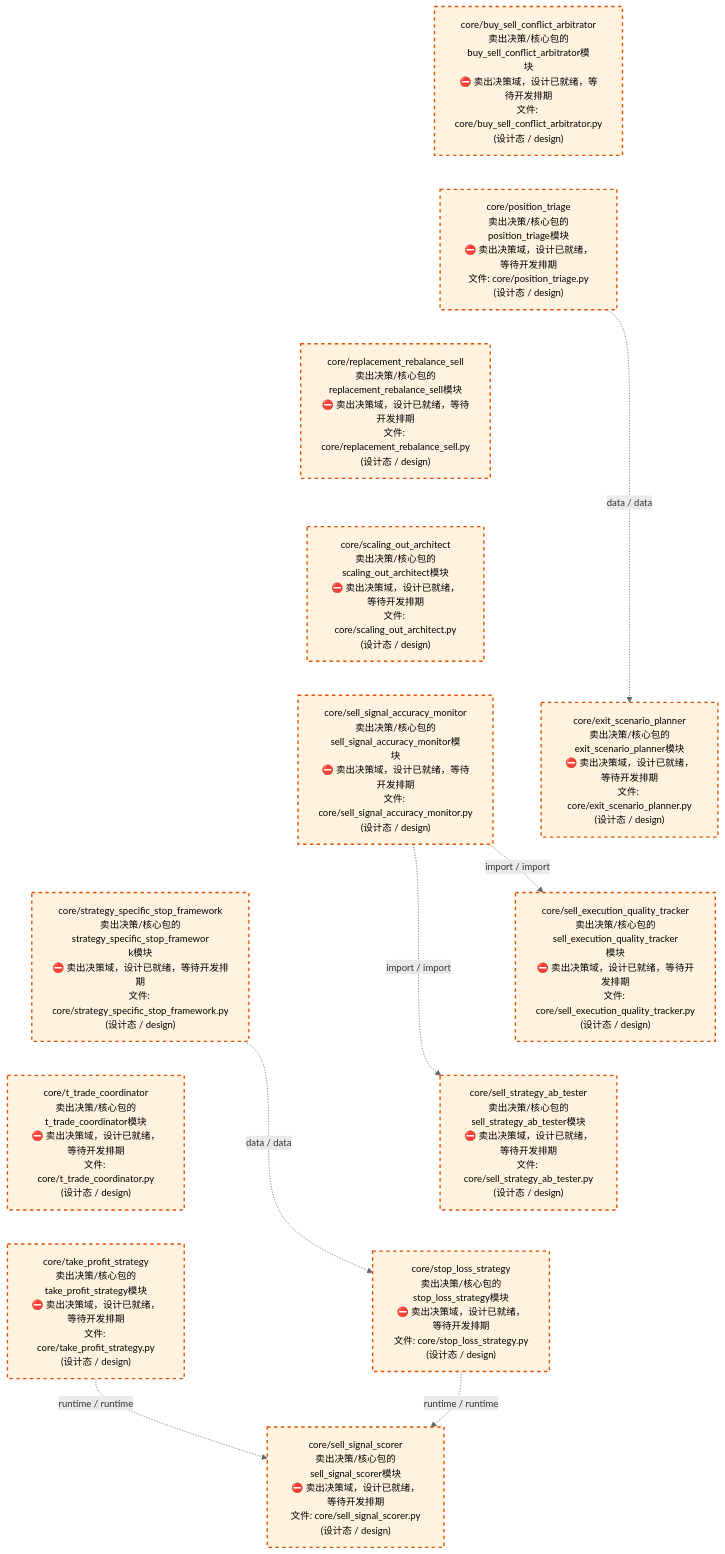
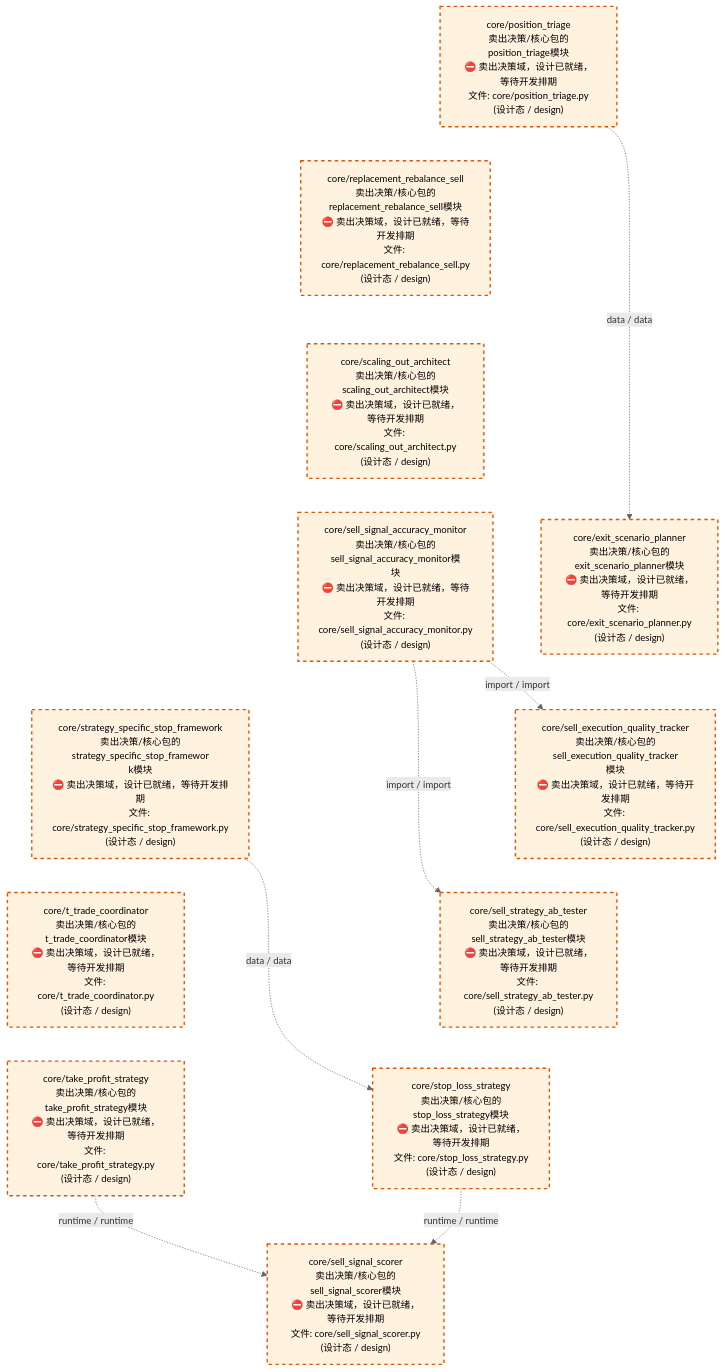
The third of 4 diagrams in docs/02_enterprise_architecture/02_domain_architecture_docs/67_d_sell_decision.md (xuanFelixVan/ZephyrAlpha), drawn with Mermaid before and after one commit. The commit also changed other lines of this file and 45 other files, not shown here.

````diff
--- a/docs/02_enterprise_architecture/02_domain_architecture_docs/67_d_sell_decision.md
+++ b/docs/02_enterprise_architecture/02_domain_architecture_docs/67_d_sell_decision.md
@@ -196,38 +194,36 @@
 ```mermaid
 %%{init: {'theme': 'base', 'themeVariables': {'primaryColor': '#eaeaea', 'primaryTextColor': '#333333', 'primaryBorderColor': '#666666', 'lineColor': '#666666', 'secondaryColor': '#eaeaea', 'tertiaryColor': '#eaeaea', 'fontSize': '14px'}}}%%
 flowchart TD
-    src_zephyr_sell_decision_core_buy_sell_conflict_arbitrator_py["core/buy_sell_conflict_arbitrator<br/>卖出决策/核心包的buy_sell_conflict_arbitrator模<br/>块<br/>⛔ 卖出决策域，设计已就绪，等待开发排期<br/>文件: core/buy_sell_conflict_arbitrator.py<br/>(设计态 / design)"]
     src_zephyr_sell_decision_core_position_triage_py["core/position_triage<br/>卖出决策/核心包的position_triage模块<br/>⛔ 卖出决策域，设计已就绪，等待开发排期<br/>文件: core/position_triage.py<br/>(设计态 / design)"]
     src_zephyr_sell_decision_core_replacement_rebalance_sell_py["core/replacement_rebalance_sell<br/>卖出决策/核心包的replacement_rebalance_sell模块<br/>⛔ 卖出决策域，设计已就绪，等待开发排期<br/>文件: core/replacement_rebalance_sell.py<br/>(设计态 / design)"]
     src_zephyr_sell_decision_core_scaling_out_architect_py["core/scaling_out_architect<br/>卖出决策/核心包的scaling_out_architect模块<br/>⛔ 卖出决策域，设计已就绪，等待开发排期<br/>文件: core/scaling_out_architect.py<br/>(设计态 / design)"]
     src_zephyr_sell_decision_core_sell_signal_accuracy_monitor_py["core/sell_signal_accuracy_monitor<br/>卖出决策/核心包的sell_signal_accuracy_monitor模<br/>块<br/>⛔ 卖出决策域，设计已就绪，等待开发排期<br/>文件: core/sell_signal_accuracy_monitor.py<br/>(设计态 / design)"]
     src_zephyr_sell_decision_core_strategy_specific_stop_framework_py["core/strategy_specific_stop_framework<br/>卖出决策/核心包的strategy_specific_stop_framewor<br/>k模块<br/>⛔ 卖出决策域，设计已就绪，等待开发排期<br/>文件: core/strategy_specific_stop_framework.py<br/>(设计态 / design)"]
     src_zephyr_sell_decision_core_t_trade_coordinator_py["core/t_trade_coordinator<br/>卖出决策/核心包的t_trade_coordinator模块<br/>⛔ 卖出决策域，设计已就绪，等待开发排期<br/>文件: core/t_trade_coordinator.py<br/>(设计态 / design)"]
     src_zephyr_sell_decision_core_take_profit_strategy_py["core/take_profit_strategy<br/>卖出决策/核心包的take_profit_strategy模块<br/>⛔ 卖出决策域，设计已就绪，等待开发排期<br/>文件: core/take_profit_strategy.py<br/>(设计态 / design)"]
-    src_zephyr_sell_decision_core_buy_sell_conflict_arbitrator_py ~~~ src_zephyr_sell_decision_core_position_triage_py
     src_zephyr_sell_decision_core_position_triage_py ~~~ src_zephyr_sell_decision_core_replacement_rebalance_sell_py
     src_zephyr_sell_decision_core_replacement_rebalance_sell_py ~~~ src_zephyr_sell_decision_core_scaling_out_architect_py
     src_zephyr_sell_decision_core_scaling_out_architect_py ~~~ src_zephyr_sell_decision_core_sell_signal_accuracy_monitor_py
     src_zephyr_sell_decision_core_sell_signal_accuracy_monitor_py ~~~ src_zephyr_sell_decision_core_strategy_specific_stop_framework_py
     src_zephyr_sell_decision_core_strategy_specific_stop_framework_py ~~~ src_zephyr_sell_decision_core_t_trade_coordinator_py
     src_zephyr_sell_decision_core_t_trade_coordinator_py ~~~ src_zephyr_sell_decision_core_take_profit_strategy_py
     src_zephyr_sell_decision_core_exit_scenario_planner_py["core/exit_scenario_planner<br/>卖出决策/核心包的exit_scenario_planner模块<br/>⛔ 卖出决策域，设计已就绪，等待开发排期<br/>文件: core/exit_scenario_planner.py<br/>(设计态 / design)"]
     src_zephyr_sell_decision_core_sell_execution_quality_tracker_py["core/sell_execution_quality_tracker<br/>卖出决策/核心包的sell_execution_quality_tracker<br/>模块<br/>⛔ 卖出决策域，设计已就绪，等待开发排期<br/>文件: core/sell_execution_quality_tracker.py<br/>(设计态 / design)"]
     src_zephyr_sell_decision_core_sell_strategy_ab_tester_py["core/sell_strategy_ab_tester<br/>卖出决策/核心包的sell_strategy_ab_tester模块<br/>⛔ 卖出决策域，设计已就绪，等待开发排期<br/>文件: core/sell_strategy_ab_tester.py<br/>(设计态 / design)"]
     src_zephyr_sell_decision_core_stop_loss_strategy_py["core/stop_loss_strategy<br/>卖出决策/核心包的stop_loss_strategy模块<br/>⛔ 卖出决策域，设计已就绪，等待开发排期<br/>文件: core/stop_loss_strategy.py<br/>(设计态 / design)"]
     src_zephyr_sell_decision_core_exit_scenario_planner_py ~~~ src_zephyr_sell_decision_core_sell_execution_quality_tracker_py
     src_zephyr_sell_decision_core_sell_execution_quality_tracker_py ~~~ src_zephyr_sell_decision_core_sell_strategy_ab_tester_py
     src_zephyr_sell_decision_core_sell_strategy_ab_tester_py ~~~ src_zephyr_sell_decision_core_stop_loss_strategy_py
     src_zephyr_sell_decision_core_sell_signal_scorer_py["core/sell_signal_scorer<br/>卖出决策/核心包的sell_signal_scorer模块<br/>⛔ 卖出决策域，设计已就绪，等待开发排期<br/>文件: core/sell_signal_scorer.py<br/>(设计态 / design)"]
     src_zephyr_sell_decision_core_position_triage_py -.->|data / data| src_zephyr_sell_decision_core_exit_scenario_planner_py
     src_zephyr_sell_decision_core_take_profit_strategy_py -.->|runtime / runtime| src_zephyr_sell_decision_core_sell_signal_scorer_py
     src_zephyr_sell_decision_core_stop_loss_strategy_py -.->|runtime / runtime| src_zephyr_sell_decision_core_sell_signal_scorer_py
     src_zephyr_sell_decision_core_strategy_specific_stop_framework_py -.->|data / data| src_zephyr_sell_decision_core_stop_loss_strategy_py
     src_zephyr_sell_decision_core_sell_signal_accuracy_monitor_py -.->|import / import| src_zephyr_sell_decision_core_sell_strategy_ab_tester_py
     src_zephyr_sell_decision_core_sell_signal_accuracy_monitor_py -.->|import / import| src_zephyr_sell_decision_core_sell_execution_quality_tracker_py
     classDef production fill:#e1f5fe,stroke:#01579b,stroke-width:2px,color:#000
     classDef design fill:#fff3e0,stroke:#e65100,stroke-width:2px,color:#000,stroke-dasharray: 5 5
     classDef external_prod fill:#e8f4fd,stroke:#0277bd,stroke-width:1px,color:#000
     classDef external_design fill:#fff8e7,stroke:#ef6c00,stroke-width:1px,color:#000,stroke-dasharray: 5 5
-    class src_zephyr_sell_decision_core_buy_sell_conflict_arbitrator_py,src_zephyr_sell_decision_core_exit_scenario_planner_py,src_zephyr_sell_decision_core_position_triage_py,src_zephyr_sell_decision_core_replacement_rebalance_sell_py,src_zephyr_sell_decision_core_scaling_out_architect_py,src_zephyr_sell_decision_core_sell_execution_quality_tracker_py,src_zephyr_sell_decision_core_sell_signal_accuracy_monitor_py,src_zephyr_sell_decision_core_sell_signal_scorer_py,src_zephyr_sell_decision_core_sell_strategy_ab_tester_py,src_zephyr_sell_decision_core_stop_loss_strategy_py,src_zephyr_sell_decision_core_strategy_specific_stop_framework_py,src_zephyr_sell_decision_core_t_trade_coordinator_py,src_zephyr_sell_decision_core_take_profit_strategy_py design
+    class src_zephyr_sell_decision_core_exit_scenario_planner_py,src_zephyr_sell_decision_core_position_triage_py,src_zephyr_sell_decision_core_replacement_rebalance_sell_py,src_zephyr_sell_decision_core_scaling_out_architect_py,src_zephyr_sell_decision_core_sell_execution_quality_tracker_py,src_zephyr_sell_decision_core_sell_signal_accuracy_monitor_py,src_zephyr_sell_decision_core_sell_signal_scorer_py,src_zephyr_sell_decision_core_sell_strategy_ab_tester_py,src_zephyr_sell_decision_core_stop_loss_strategy_py,src_zephyr_sell_decision_core_strategy_specific_stop_framework_py,src_zephyr_sell_decision_core_t_trade_coordinator_py,src_zephyr_sell_decision_core_take_profit_strategy_py design
 ```
````
